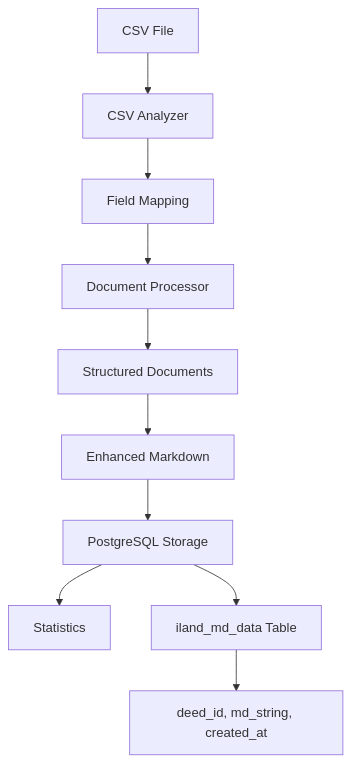
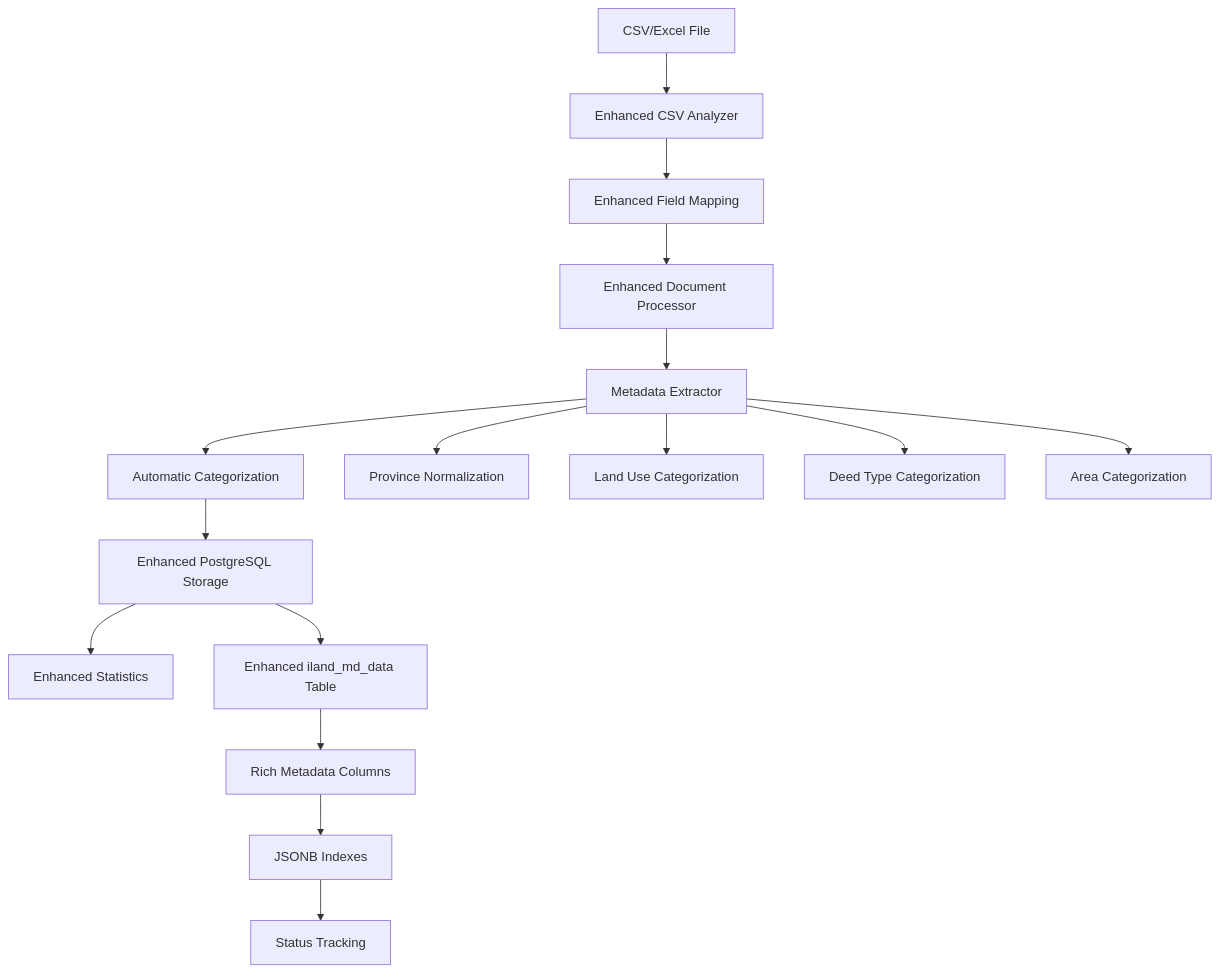
One commit to tkhongsap/llama-index-rag-pipeline changed the diagram in src-iLand/data_processing_postgres/README.md. Above: the diagram before and after it, drawn with Mermaid. The commit also changed other lines of this file and 5 other files, not shown here.

First line of the commit message:
feat: Enhance PostgreSQL pipeline with systematic vector storage and metadata management

````diff
--- a/src-iLand/data_processing_postgres/README.md
+++ b/src-iLand/data_processing_postgres/README.md
@@ -227,13 +306,20 @@
 ```mermaid
 graph TD
-    A[CSV File] --> B[CSV Analyzer]
-    B --> C[Field Mapping]
-    C --> D[Document Processor] 
-    D --> E[Structured Documents]
-    E --> F[Enhanced Markdown]
-    F --> G[PostgreSQL Storage]
-    G --> H[Statistics]
+    A[CSV/Excel File] --> B[Enhanced CSV Analyzer]
+    B --> C[Enhanced Field Mapping]
+    C --> D[Enhanced Document Processor] 
+    D --> E[Metadata Extractor]
+    E --> F[Automatic Categorization]
+    F --> G[Enhanced PostgreSQL Storage]
+    G --> H[Enhanced Statistics]
     
-    G --> G1[iland_md_data Table]
-    G1 --> G2[deed_id, md_string, created_at]
+    E --> E1[Province Normalization]
+    E --> E2[Land Use Categorization]
+    E --> E3[Deed Type Categorization]
+    E --> E4[Area Categorization]
+    
+    G --> G1[Enhanced iland_md_data Table]
+    G1 --> G2[Rich Metadata Columns]
+    G2 --> G3[JSONB Indexes]
+    G3 --> G4[Status Tracking]
 ```
````
